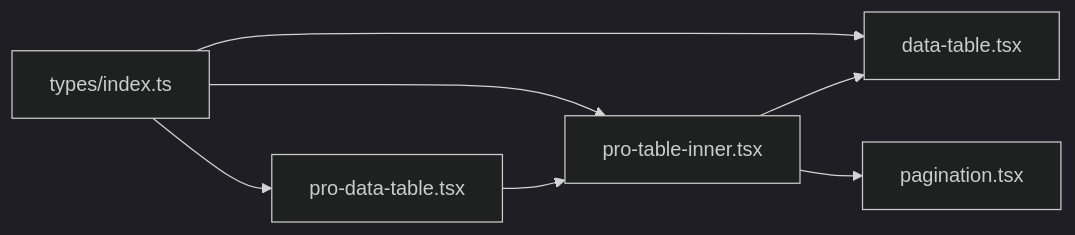
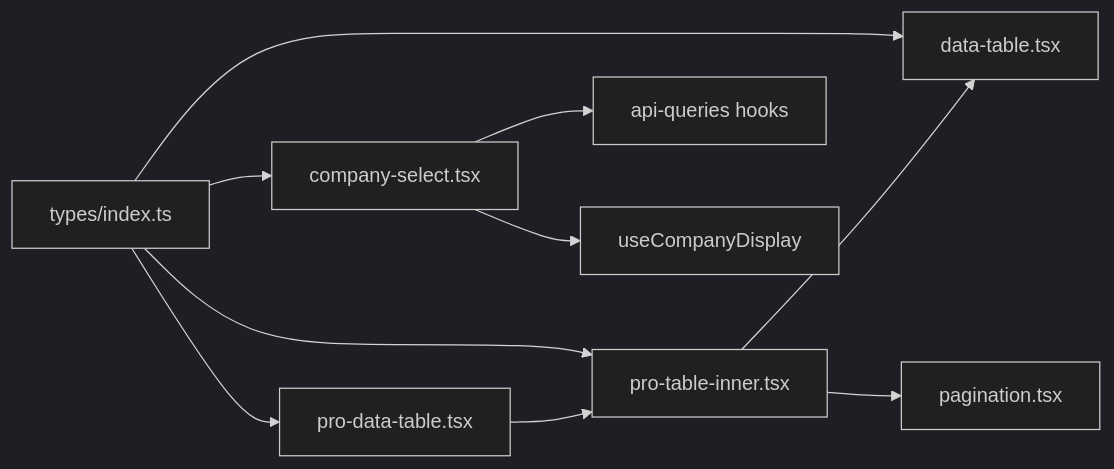
Before and after one commit to Damao997/newproject: the fourth of 4 diagrams in .qoder/repowiki/zh/content/架构设计/组件架构/业务组件/数据表格组件.md, drawn with Mermaid (dark theme). The commit also changed other lines of this file and 10 other files, not shown here.

````diff
--- a/.qoder/repowiki/zh/content/架构设计/组件架构/业务组件/数据表格组件.md
+++ b/.qoder/repowiki/zh/content/架构设计/组件架构/业务组件/数据表格组件.md
@@ -208,9 +245,12 @@
 ```mermaid
 graph LR
 Types["types/index.ts"] --> DT["data-table.tsx"]
 Types --> PDT["pro-data-table.tsx"]
 Types --> PTI["pro-table-inner.tsx"]
+Types --> CS["company-select.tsx"]
 PDT --> PTI
 PTI --> DT
 PTI --> PAG["pagination.tsx"]
+CS --> Hooks["api-queries hooks"]
+CS --> Display["useCompanyDisplay"]
 ```
````
